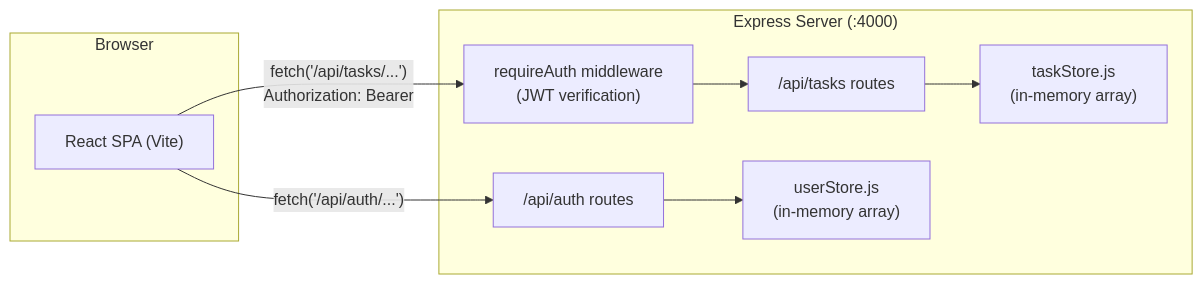
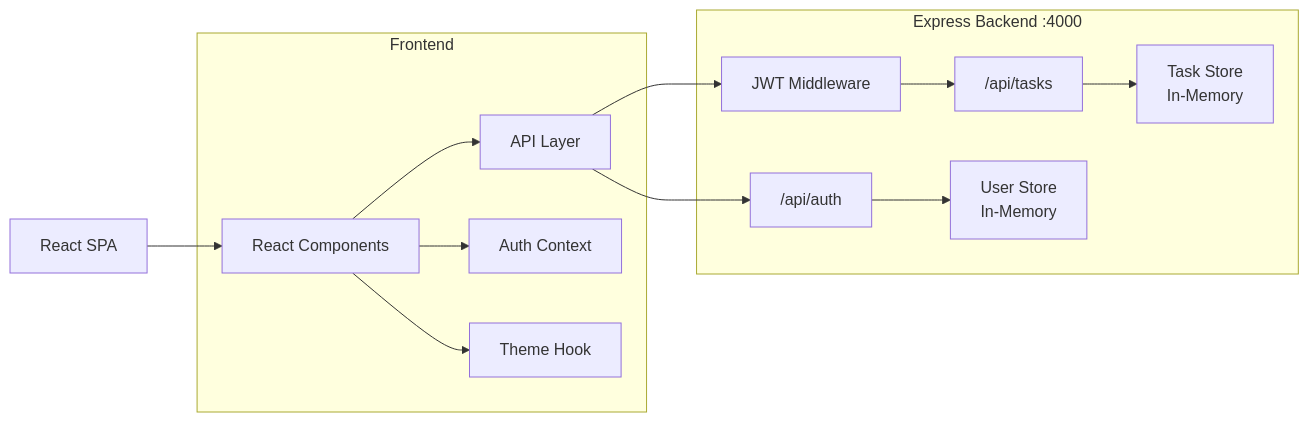
Before and after one commit to George-Nabil-Aziz/todo-list-task-flow: the diagram in README.md, drawn with Mermaid. The commit also changed other lines of this file, not shown here.

````diff
--- a/README.md
+++ b/README.md
@@ -57,19 +114,32 @@
 ```mermaid
 flowchart LR
-    subgraph Browser
-        UI["React SPA (Vite)"]
-    end
-    subgraph Server["Express Server (:4000)"]
-        MW["requireAuth middleware\n(JWT verification)"]
-        AuthR["/api/auth routes"]
-        TaskR["/api/tasks routes"]
-        US["userStore.js\n(in-memory array)"]
-        TS["taskStore.js\n(in-memory array)"]
+
+    Browser["React SPA"]
+
+    subgraph Frontend["Frontend"]
+        UI["React Components"]
+        API["API Layer"]
+        Auth["Auth Context"]
+        Theme["Theme Hook"]
     end
 
-    UI -- "fetch('/api/auth/...')" --> AuthR
-    UI -- "fetch('/api/tasks/...')\nAuthorization: Bearer <JWT>" --> MW
-    MW --> TaskR
-    AuthR --> US
-    TaskR --> TS
+    subgraph Backend["Express Backend :4000"]
+        AuthRoutes["/api/auth"]
+        Middleware["JWT Middleware"]
+        TaskRoutes["/api/tasks"]
+        Users["User Store\nIn-Memory"]
+        Tasks["Task Store\nIn-Memory"]
+    end
+
+    Browser --> UI
+    UI --> API
+    UI --> Auth
+    UI --> Theme
+
+    API --> AuthRoutes
+    API --> Middleware
+    Middleware --> TaskRoutes
+
+    AuthRoutes --> Users
+    TaskRoutes --> Tasks
 ```
````
